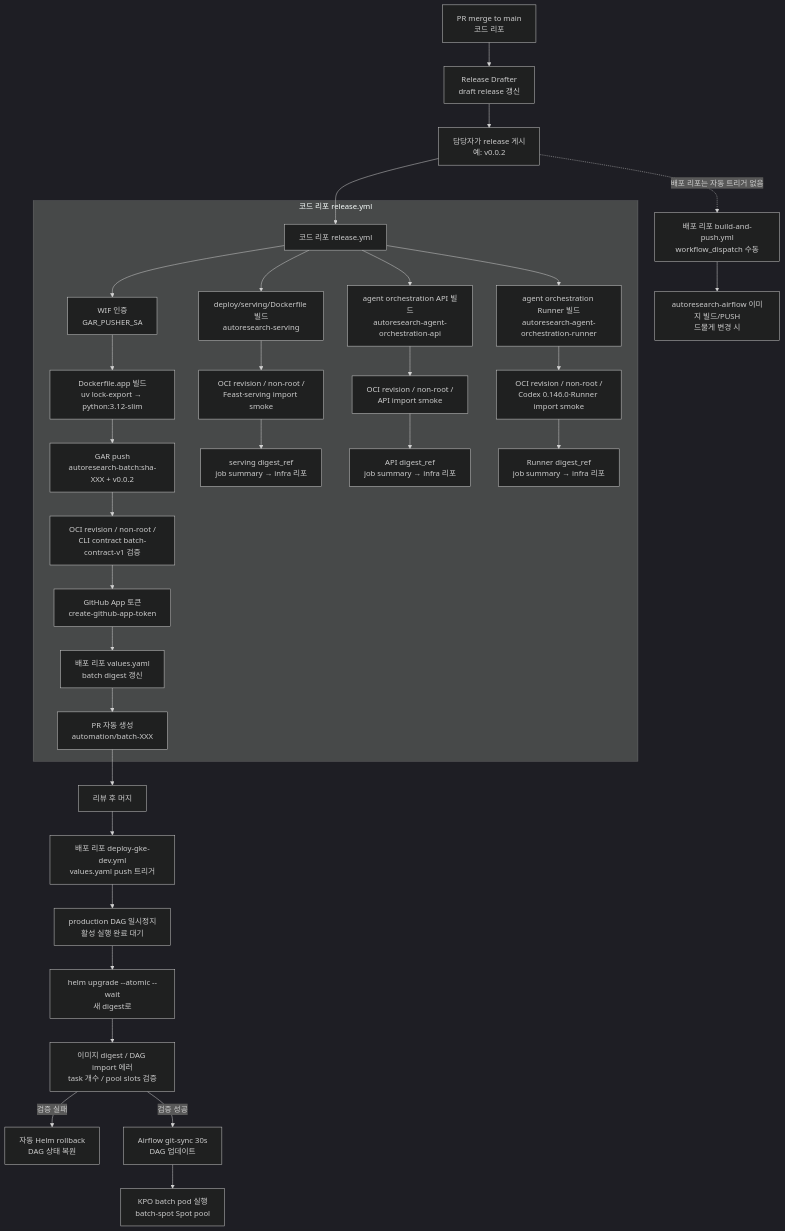
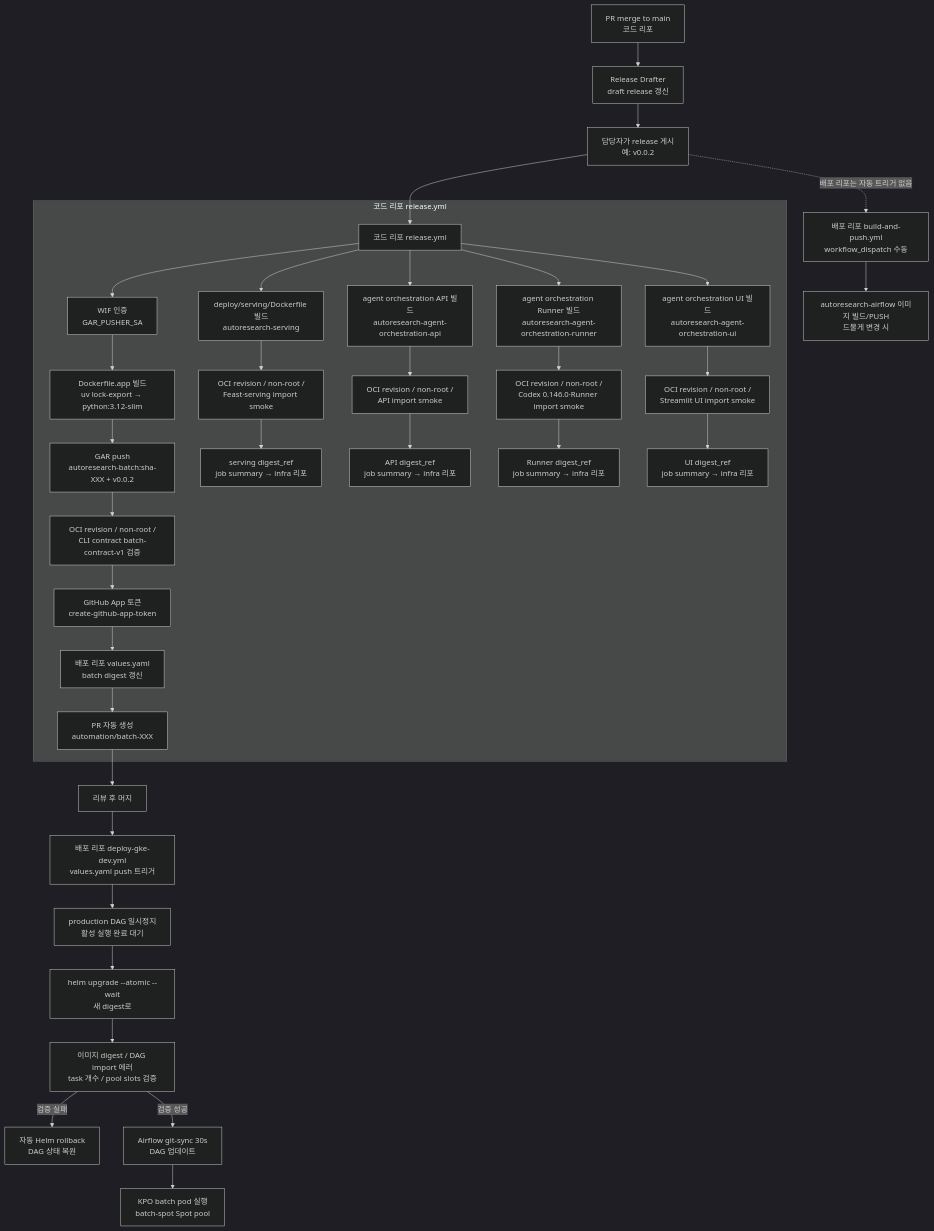
Before and after one commit to SKYAHO/Autoresearch: the diagram in docs/guides/release-pipeline.md, drawn with Mermaid (dark theme). The commit also changed other lines of this file and 6 other files, not shown here.

````diff
--- a/docs/guides/release-pipeline.md
+++ b/docs/guides/release-pipeline.md
@@ -24,37 +24,40 @@
 ```mermaid
 flowchart TD
     PR[PR merge to main<br/>코드 리포] --> RD[Release Drafter<br/>draft release 갱신]
     RD --> PUB[담당자가 release 게시<br/>예: v0.0.2]
     PUB --> RY[코드 리포 release.yml]
 
     subgraph 코드 리포 release.yml
         RY --> WIF1[WIF 인증<br/>GAR_PUSHER_SA]
         WIF1 --> BUILD[Dockerfile.app 빌드<br/>uv lock-export → python:3.12-slim]
         BUILD --> PUSH1[GAR push<br/>autoresearch-batch:sha-XXX + v0.0.2]
         PUSH1 --> VERIFY[OCI revision / non-root /<br/>CLI contract batch-contract-v1 검증]
         VERIFY --> APP[GitHub App 토큰<br/>create-github-app-token]
         APP --> PROMO[배포 리포 values.yaml<br/>batch digest 갱신]
         PROMO --> PRAUTO[PR 자동 생성<br/>automation/batch-XXX]
         RY --> SERVING[deploy/serving/Dockerfile 빌드<br/>autoresearch-serving]
         SERVING --> SVERIFY[OCI revision / non-root /<br/>Feast·serving import smoke]
         SVERIFY --> SSUMMARY[serving digest_ref<br/>job summary → infra 리포]
         RY --> ORCHAPI[agent orchestration API 빌드<br/>autoresearch-agent-orchestration-api]
         ORCHAPI --> ORCHAPIVERIFY[OCI revision / non-root /<br/>API import smoke]
         ORCHAPIVERIFY --> ORCHAPISUMMARY[API digest_ref<br/>job summary → infra 리포]
         RY --> ORCHRUNNER[agent orchestration Runner 빌드<br/>autoresearch-agent-orchestration-runner]
         ORCHRUNNER --> ORCHRUNNERVERIFY[OCI revision / non-root /<br/>Codex 0.146.0·Runner import smoke]
         ORCHRUNNERVERIFY --> ORCHRUNNERSUMMARY[Runner digest_ref<br/>job summary → infra 리포]
+        RY --> ORCHUI[agent orchestration UI 빌드<br/>autoresearch-agent-orchestration-ui]
+        ORCHUI --> ORCHUIVERIFY[OCI revision / non-root /<br/>Streamlit UI import smoke]
+        ORCHUIVERIFY --> ORCHUISUMMARY[UI digest_ref<br/>job summary → infra 리포]
     end
 
     PRAUTO --> MERGE2[리뷰 후 머지]
     MERGE2 --> DEPLOY[배포 리포 deploy-gke-dev.yml<br/>values.yaml push 트리거]
     DEPLOY --> PAUSE[production DAG 일시정지<br/>활성 실행 완료 대기]
     PAUSE --> GKE[helm upgrade --atomic --wait<br/>새 digest로]
     GKE --> VERIFY2[이미지 digest / DAG import 에러<br/>task 개수 / pool slots 검증]
     VERIFY2 -->|검증 실패| ROLLBACK[자동 Helm rollback<br/>DAG 상태 복원]
     VERIFY2 -->|검증 성공| GITSYNC[Airflow git-sync 30s<br/>DAG 업데이트]
     GITSYNC --> KPO[KPO batch pod 실행<br/>batch-spot Spot pool]
 
     PUB -.->|배포 리포는 자동 트리거 없음| BAP[배포 리포 build-and-push.yml<br/>workflow_dispatch 수동]
     BAP --> AIRFLOW[autoresearch-airflow 이미지 빌드/PUSH<br/>드물게 변경 시]
 ```
````
